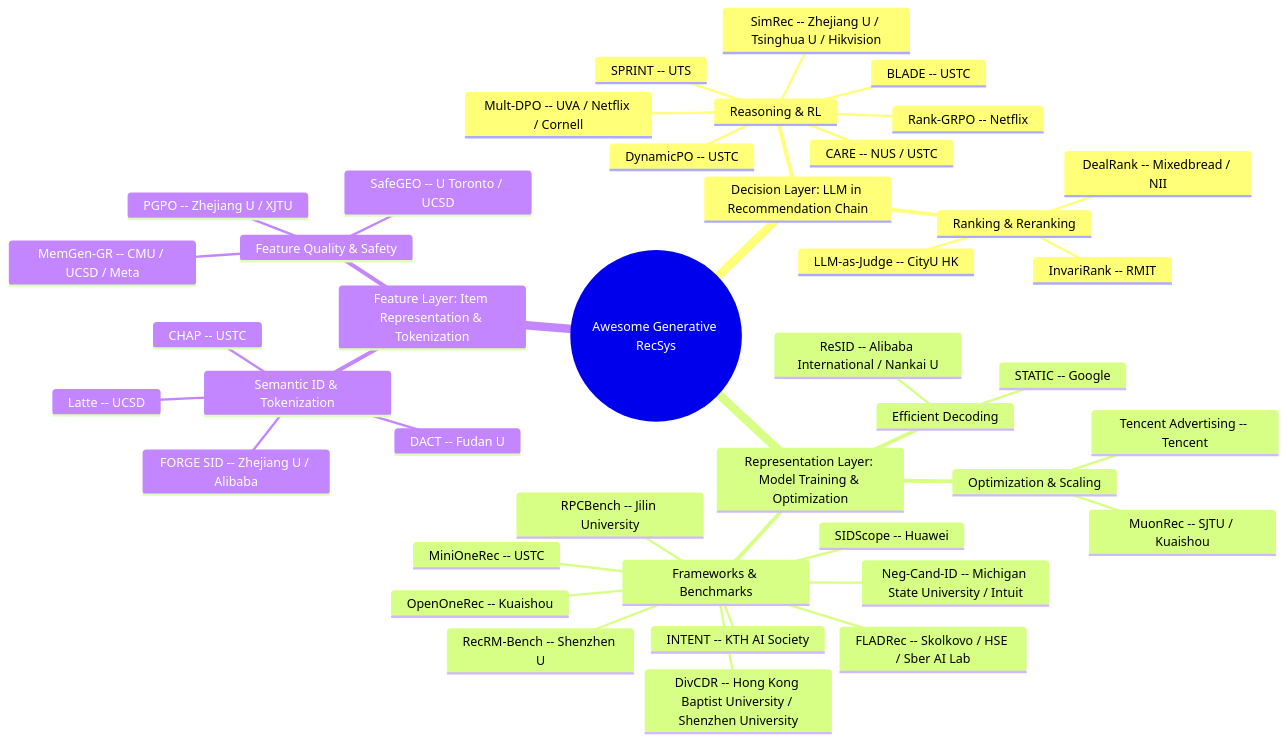
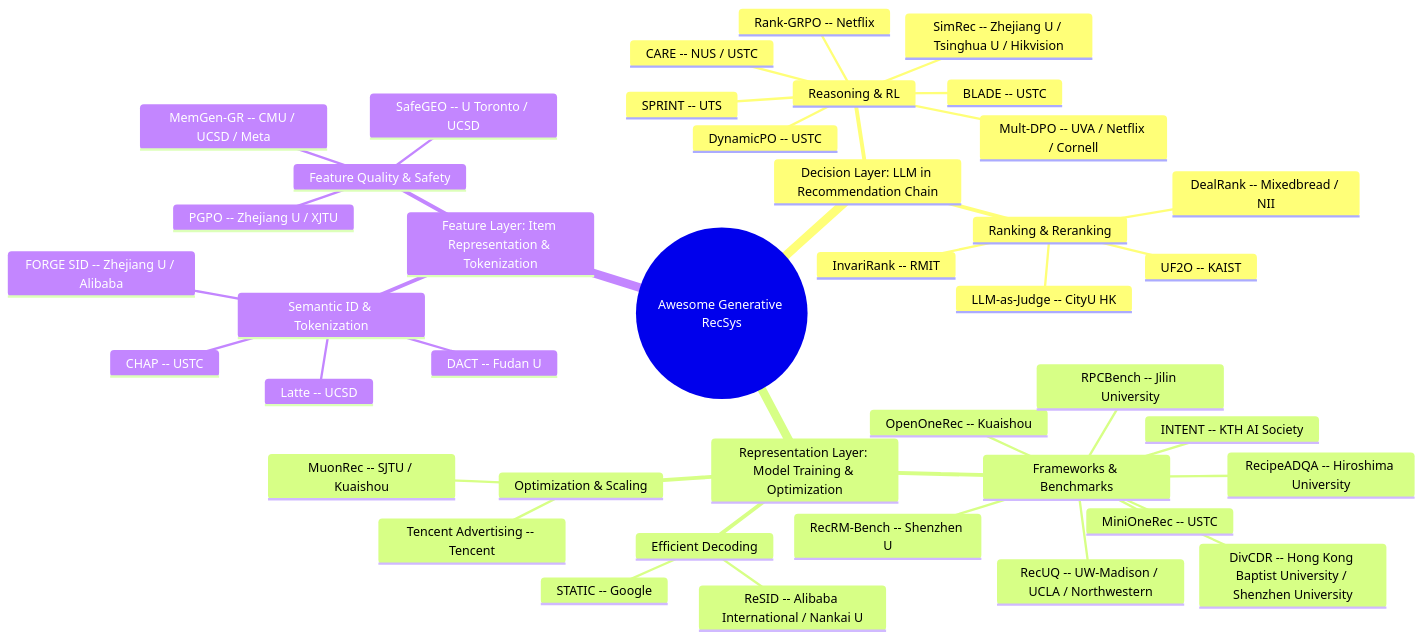
Before and after one commit to HaFred/awesome-generative-recsys: the diagram in README.md, drawn with Mermaid. The commit also changed other lines of this file and 3 other files, not shown here.

````diff
--- a/README.md
+++ b/README.md
@@ -30,44 +30,44 @@
 ```mermaid
 mindmap
   root((Awesome Generative RecSys))
     Decision Layer: LLM in Recommendation Chain
       Reasoning & RL
         Rank-GRPO -- Netflix
         DynamicPO -- USTC
         BLADE -- USTC
         SPRINT -- UTS
         CARE -- NUS / USTC
         Mult-DPO -- UVA / Netflix / Cornell
         SimRec -- Zhejiang U / Tsinghua U / Hikvision
       Ranking & Reranking
         InvariRank -- RMIT
         DealRank -- Mixedbread / NII
+        UF2O -- KAIST
         LLM-as-Judge -- CityU HK
     Representation Layer: Model Training & Optimization
       Frameworks & Benchmarks
         MiniOneRec -- USTC
         OpenOneRec -- Kuaishou
         RecRM-Bench -- Shenzhen U
-        SIDScope -- Huawei
         RPCBench -- Jilin University
         INTENT -- KTH AI Society
-        FLADRec -- Skolkovo / HSE / Sber AI Lab
-        Neg-Cand-ID -- Michigan State University / Intuit
         DivCDR -- Hong Kong Baptist University / Shenzhen University
+        RecUQ -- UW-Madison / UCLA / Northwestern
+        RecipeADQA -- Hiroshima University
       Efficient Decoding
         STATIC -- Google
         ReSID -- Alibaba International / Nankai U
       Optimization & Scaling
         MuonRec -- SJTU / Kuaishou
         Tencent Advertising -- Tencent
     Feature Layer: Item Representation & Tokenization
       Semantic ID & Tokenization
         Latte -- UCSD
         FORGE SID -- Zhejiang U / Alibaba
         DACT -- Fudan U
         CHAP -- USTC
       Feature Quality & Safety
         SafeGEO -- U Toronto / UCSD
         MemGen-GR -- CMU / UCSD / Meta
         PGPO -- Zhejiang U / XJTU
 ```
````
